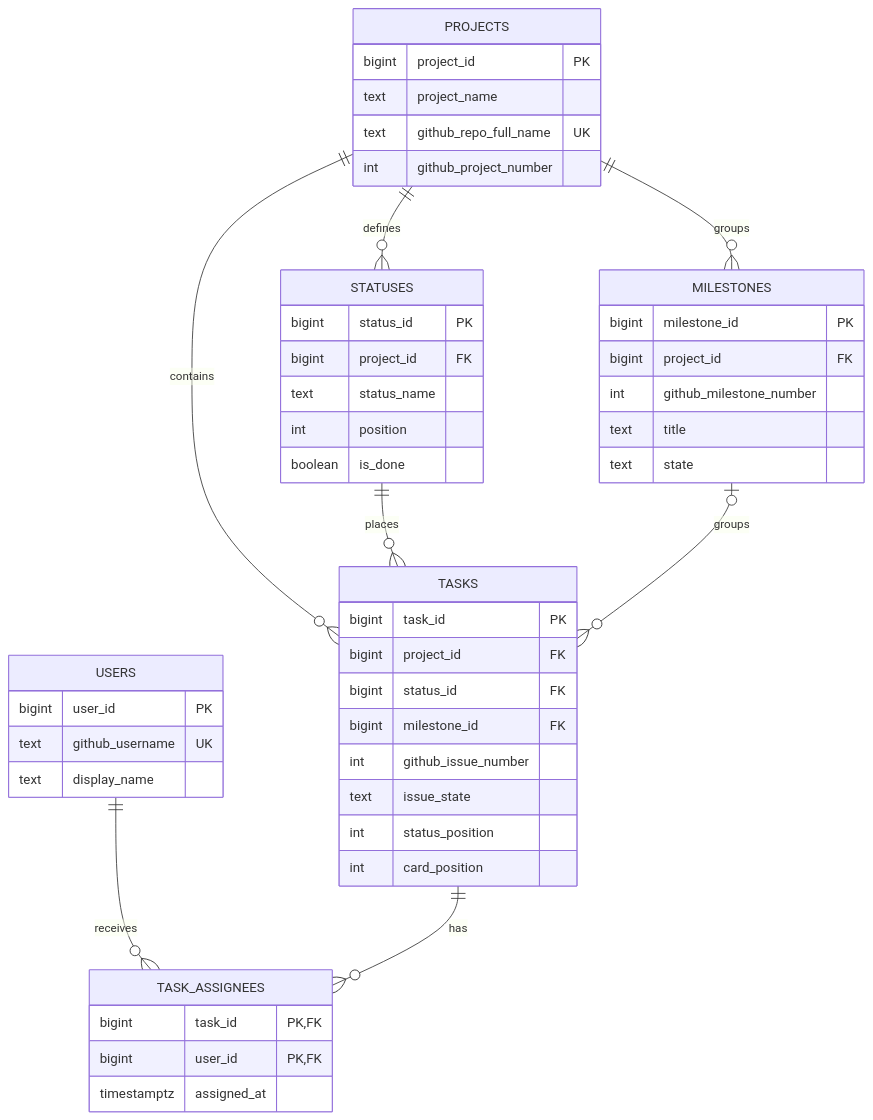
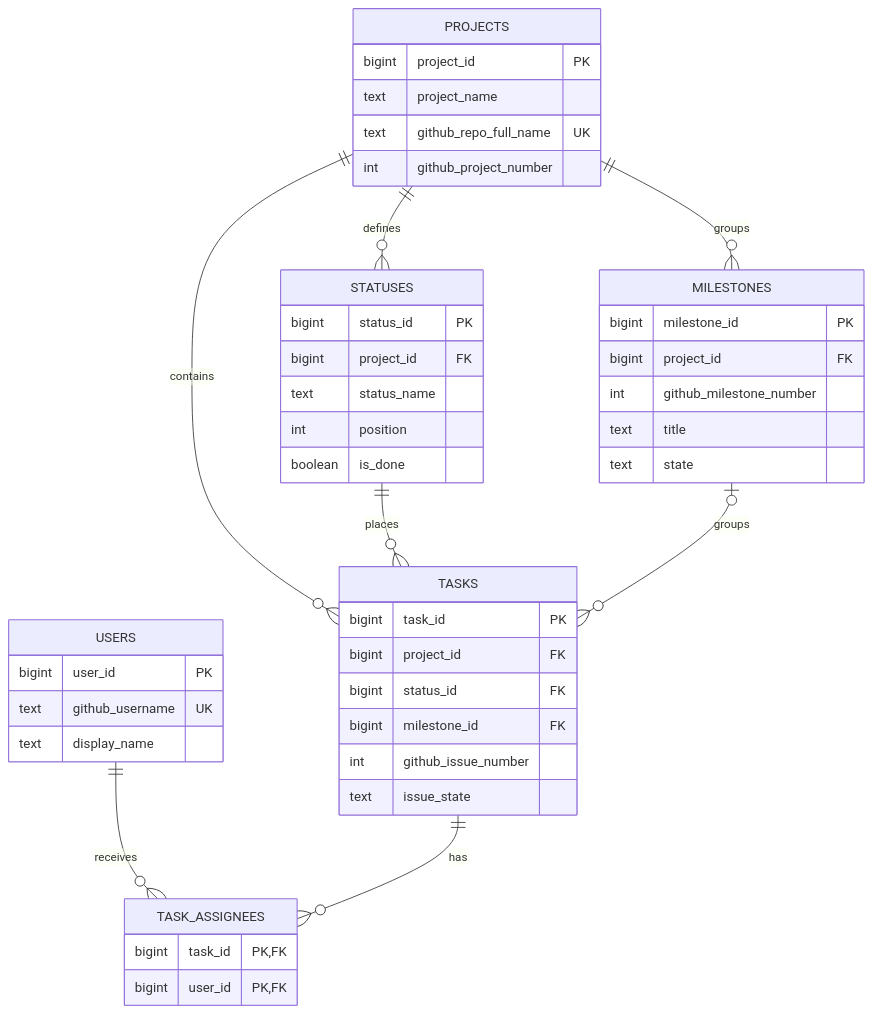
Before and after one commit to g202235438/ot-kanban-db: the diagram in README.md, drawn with Mermaid. The commit also changed other lines of this file and 6 other files, not shown here.

First line of the commit message:
Minimize Kanban schema columns

````diff
--- a/README.md
+++ b/README.md
@@ -75,51 +77,48 @@
 ```mermaid
 erDiagram
     PROJECTS ||--o{ STATUSES : defines
     PROJECTS ||--o{ MILESTONES : groups
     PROJECTS ||--o{ TASKS : contains
     STATUSES ||--o{ TASKS : places
     MILESTONES o|--o{ TASKS : groups
     USERS ||--o{ TASK_ASSIGNEES : receives
     TASKS ||--o{ TASK_ASSIGNEES : has
 
     PROJECTS {
         bigint project_id PK
         text project_name
         text github_repo_full_name UK
         int github_project_number
     }
     STATUSES {
         bigint status_id PK
         bigint project_id FK
         text status_name
         int position
         boolean is_done
     }
     MILESTONES {
         bigint milestone_id PK
         bigint project_id FK
         int github_milestone_number
         text title
         text state
     }
     USERS {
         bigint user_id PK
         text github_username UK
         text display_name
     }
     TASKS {
         bigint task_id PK
         bigint project_id FK
         bigint status_id FK
         bigint milestone_id FK
         int github_issue_number
         text issue_state
-        int status_position
-        int card_position
     }
     TASK_ASSIGNEES {
         bigint task_id PK, FK
         bigint user_id PK, FK
-        timestamptz assigned_at
     }
 ```
````
